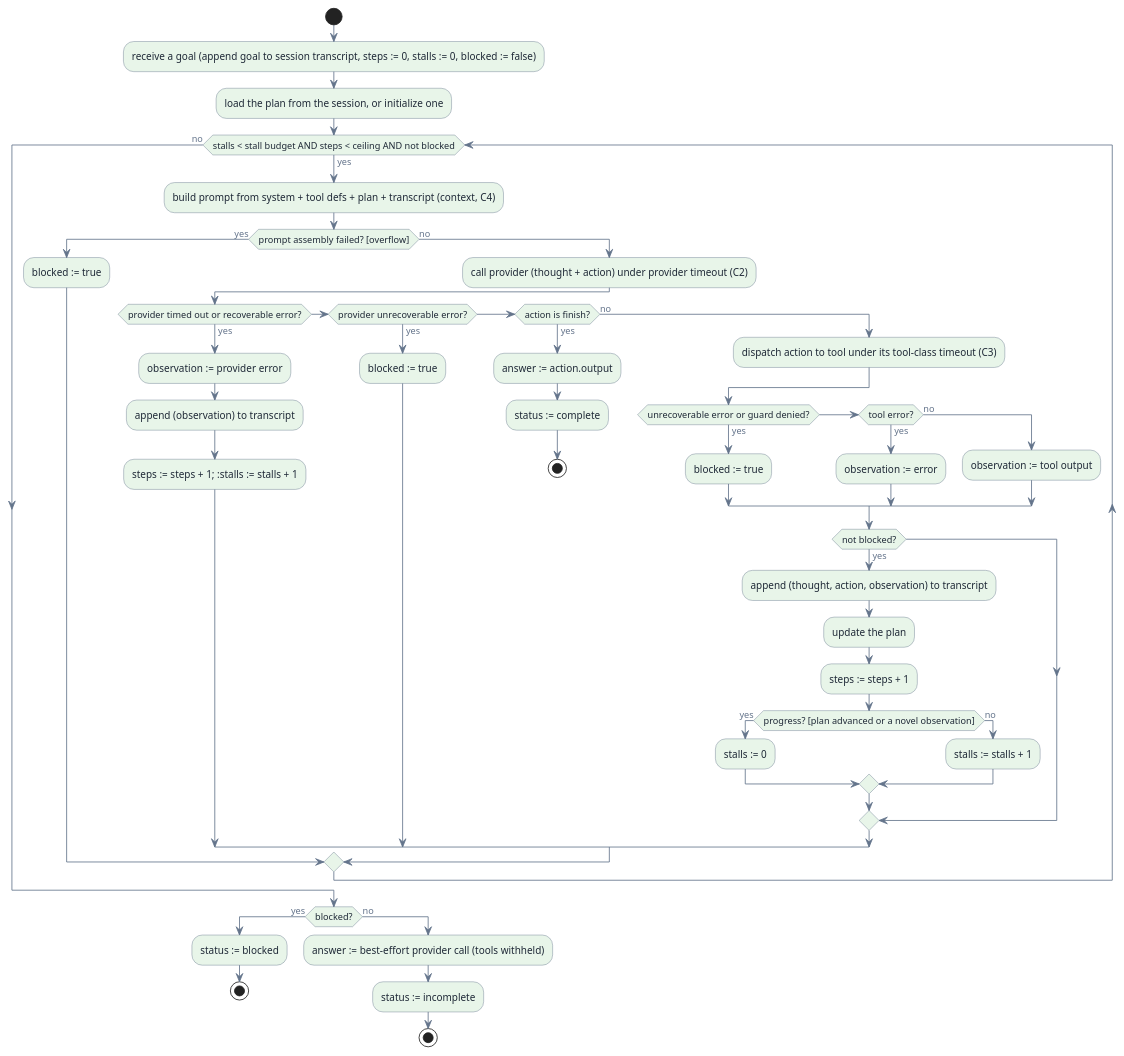
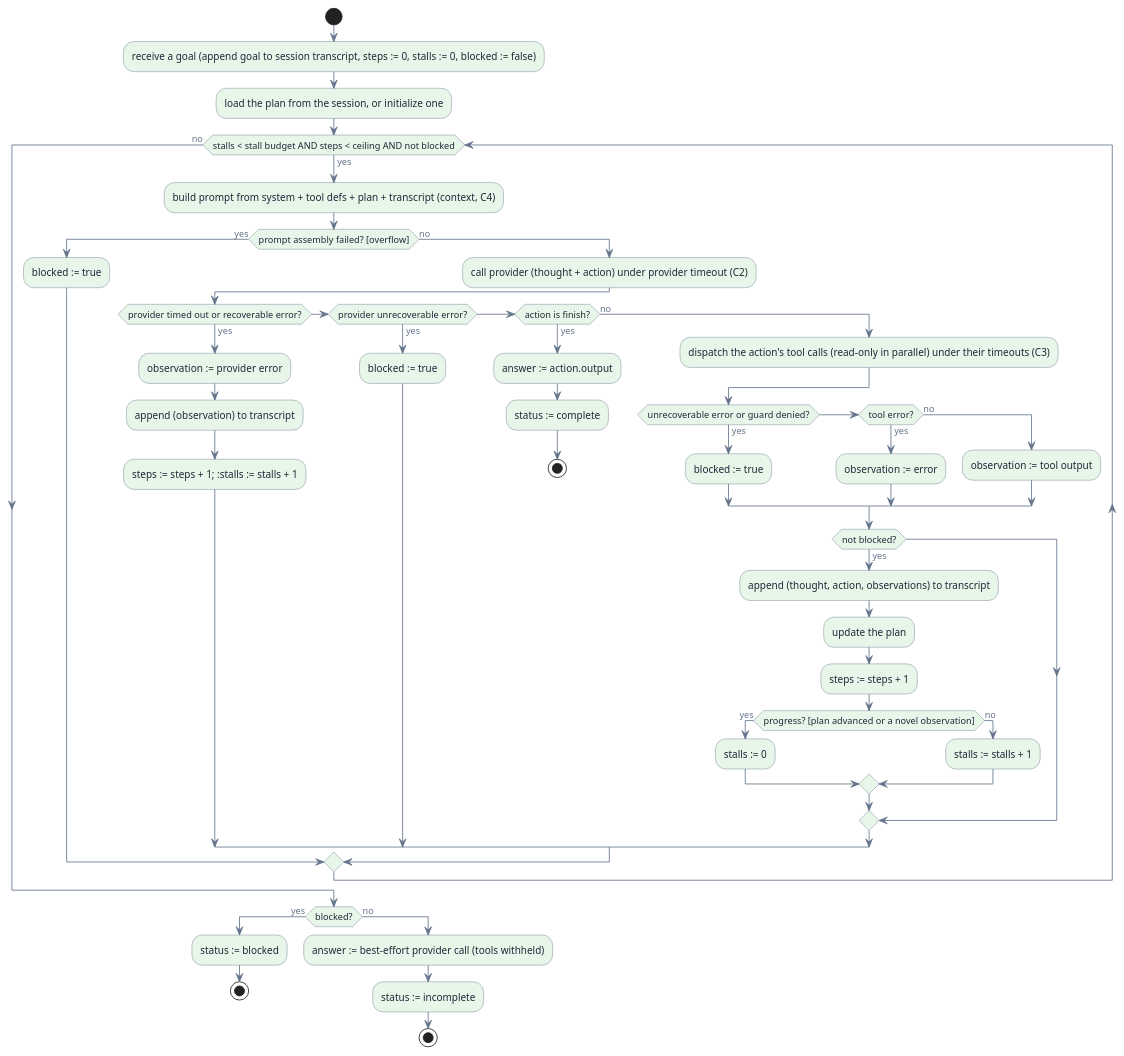
The second of 2 diagrams in 00_bp/C1_loop.md (invented-pro/sudoer), drawn with PlantUML before and after one commit. The commit also changed other lines of this file and 26 other files, not shown here.

````diff
--- a/00_bp/C1_loop.md
+++ b/00_bp/C1_loop.md
@@ -71,59 +72,59 @@
 ```plantuml
 @startuml
 skinparam backgroundColor transparent
 skinparam defaultFontColor #64748B
 skinparam activityBackgroundColor #E8F5E9
 skinparam activityBorderColor #64748B
 skinparam activityFontColor #1F2937
 skinparam arrowColor #64748B
 start
 :receive a goal (append goal to session transcript, steps := 0, stalls := 0, blocked := false);
 :load the plan from the session, or initialize one;
 while (stalls < stall budget AND steps < ceiling AND not blocked) is (yes)
   :build prompt from system + tool defs + plan + transcript (context, C4);
   if (prompt assembly failed? [overflow]) then (yes)
     :blocked := true;
   else (no)
     :call provider (thought + action) under provider timeout (C2);
     if (provider timed out or recoverable error?) then (yes)
       :observation := provider error;
       :append (observation) to transcript;
       :steps := steps + 1; :stalls := stalls + 1;
     elseif (provider unrecoverable error?) then (yes)
       :blocked := true;
     elseif (action is finish?) then (yes)
       :answer := action.output;
       :status := complete;
       stop
     else (no)
-      :dispatch action to tool under its tool-class timeout (C3);
+      :dispatch the action's tool calls (read-only in parallel) under their timeouts (C3);
       if (unrecoverable error or guard denied?) then (yes)
         :blocked := true;
       elseif (tool error?) then (yes)
         :observation := error;
       else (no)
         :observation := tool output;
       endif
       if (not blocked?) then (yes)
-        :append (thought, action, observation) to transcript;
+        :append (thought, action, observations) to transcript;
         :update the plan;
         :steps := steps + 1;
         if (progress? [plan advanced or a novel observation]) then (yes)
           :stalls := 0;
         else (no)
           :stalls := stalls + 1;
         endif
       endif
     endif
   endif
 endwhile (no)
 if (blocked?) then (yes)
   :status := blocked;
   stop
 else (no)
   :answer := best-effort provider call (tools withheld);
   :status := incomplete;
   stop
 endif
 @enduml
 ```
````
